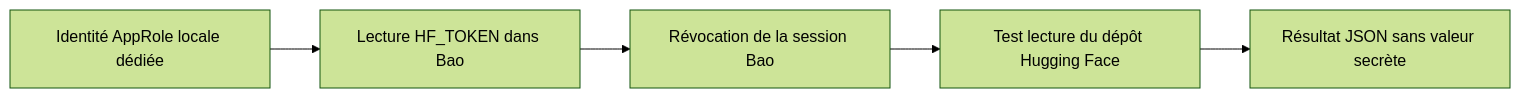
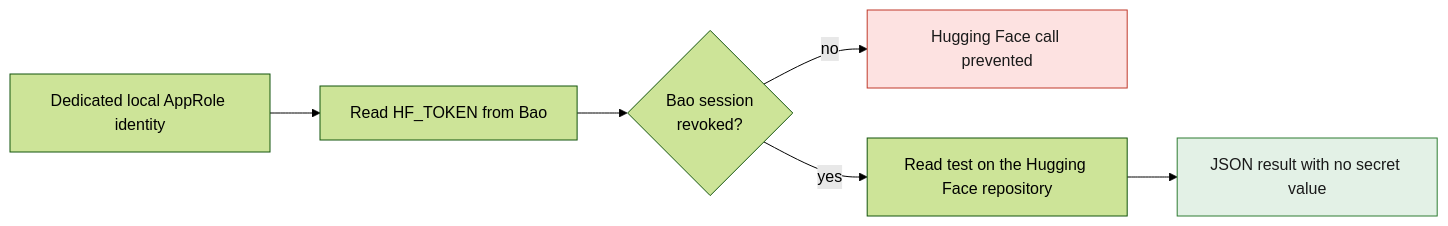
The diagram in deploy/openbao/HUGGINGFACE.md (cluster2600/porscheparts), drawn with Mermaid (forest theme) before and after one commit. The commit also changed other lines of this file and 228 other files, not shown here.

````diff
--- a/deploy/openbao/HUGGINGFACE.md
+++ b/deploy/openbao/HUGGINGFACE.md
@@ -62,7 +62,10 @@
 ```mermaid
 flowchart LR
-    A[Identité AppRole locale dédiée] --> B[Lecture HF_TOKEN dans Bao]
-    B --> C[Révocation de la session Bao]
-    C --> D[Test lecture du dépôt Hugging Face]
-    D --> E[Résultat JSON sans valeur secrète]
+    A[Dedicated local AppRole identity] --> B[Read HF_TOKEN from Bao]
+    B --> C{Bao session<br/>revoked?}
+    C -- no --> X[Hugging Face call prevented]:::stop
+    C -- yes --> D[Read test on the Hugging Face repository]
+    D --> E[JSON result with no secret value]:::ok
+    classDef stop fill:#fde2e1,stroke:#c0392b,color:#1a1a1a;
+    classDef ok fill:#e3f1e6,stroke:#2e7d32,color:#1a1a1a;
 ```
````
